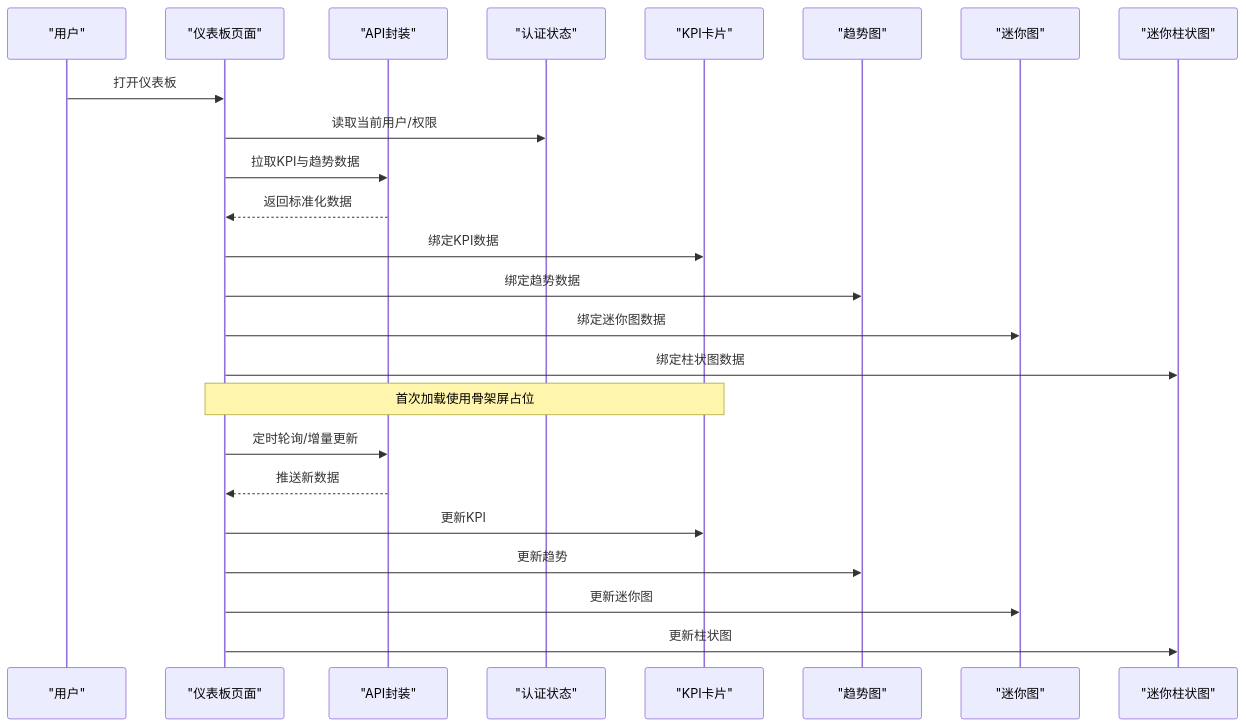
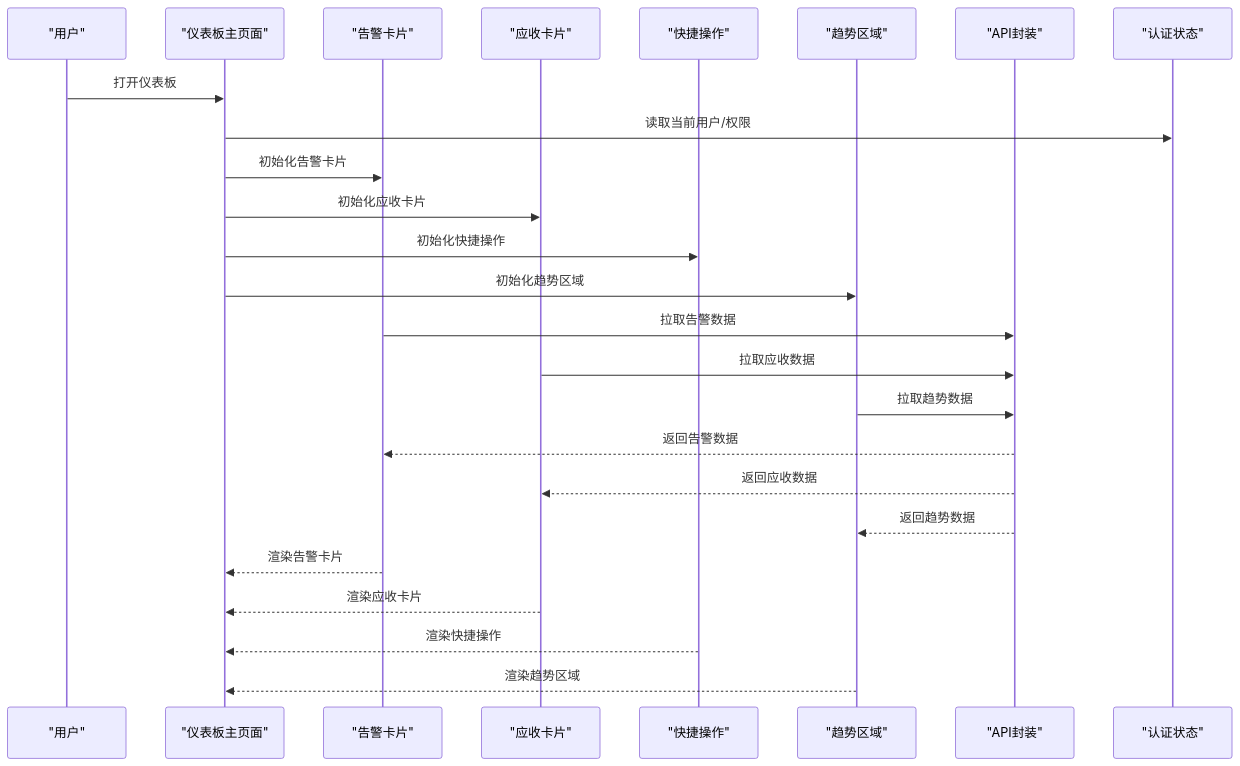
One commit to Damao997/newproject changed the second of 4 diagrams in .qoder/repowiki/zh/content/页面组件/仪表板页面.md. Above: the diagram before and after it, drawn with Mermaid. The commit also changed other lines of this file and 55 other files, not shown here.

````diff
--- a/.qoder/repowiki/zh/content/页面组件/仪表板页面.md
+++ b/.qoder/repowiki/zh/content/页面组件/仪表板页面.md
@@ -157,26 +154,27 @@
 ```mermaid
 sequenceDiagram
 participant U as "用户"
-participant P as "仪表板页面"
+participant P as "仪表板主页面"
+participant AC as "告警卡片"
+participant RC as "应收卡片"
+participant QA as "快捷操作"
+participant TS as "趋势区域"
 participant A as "API封装"
 participant S as "认证状态"
-participant C1 as "KPI卡片"
-participant C2 as "趋势图"
-participant C3 as "迷你图"
-participant C4 as "迷你柱状图"
 U->>P : 打开仪表板
 P->>S : 读取当前用户/权限
-P->>A : 拉取KPI与趋势数据
-A-->>P : 返回标准化数据
-P->>C1 : 绑定KPI数据
-P->>C2 : 绑定趋势数据
-P->>C3 : 绑定迷你图数据
-P->>C4 : 绑定柱状图数据
-Note over P,C1 : 首次加载使用骨架屏占位
-P->>A : 定时轮询/增量更新
-A-->>P : 推送新数据
-P->>C1 : 更新KPI
-P->>C2 : 更新趋势
-P->>C3 : 更新迷你图
-P->>C4 : 更新柱状图
+P->>AC : 初始化告警卡片
+P->>RC : 初始化应收卡片
+P->>QA : 初始化快捷操作
+P->>TS : 初始化趋势区域
+AC->>A : 拉取告警数据
+RC->>A : 拉取应收数据
+TS->>A : 拉取趋势数据
+A-->>AC : 返回告警数据
+A-->>RC : 返回应收数据
+A-->>TS : 返回趋势数据
+AC-->>P : 渲染告警卡片
+RC-->>P : 渲染应收卡片
+QA-->>P : 渲染快捷操作
+TS-->>P : 渲染趋势区域
 ```
````
